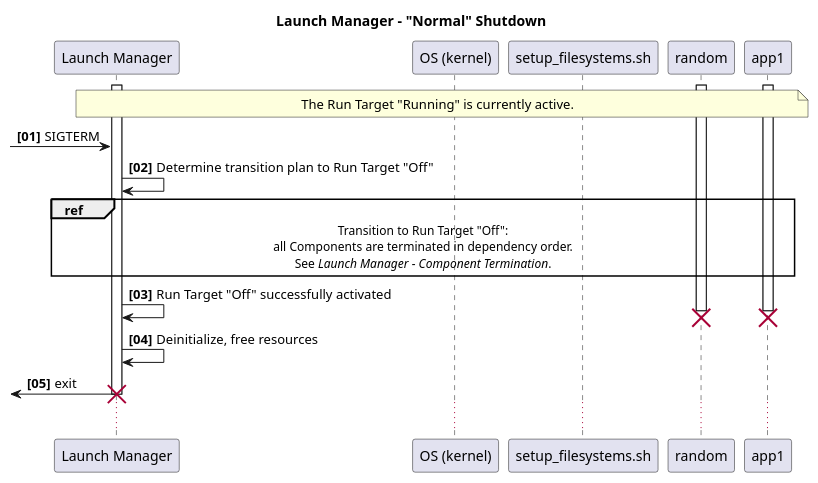
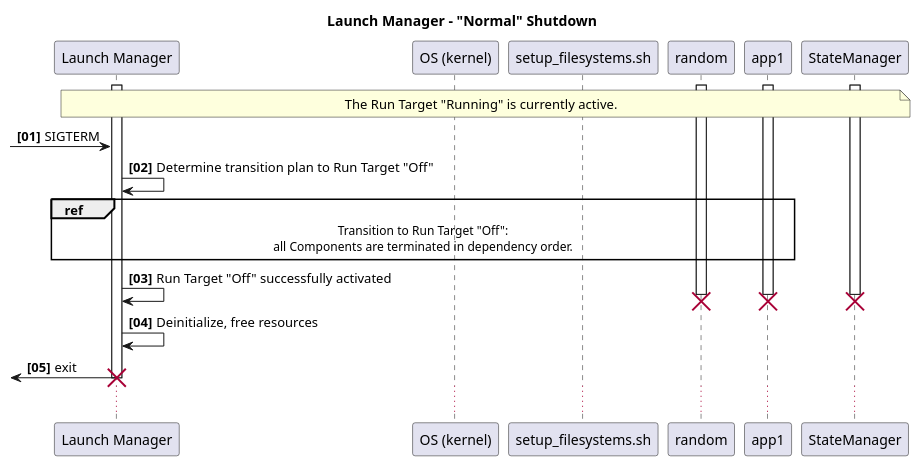
Before and after one commit to eclipse-score/lifecycle: the diagram in docs/features/lifecycle/architecture/_assets/launch_manager_shutdown.puml, drawn with PlantUML. The commit also changed 15 other files, not shown here.

Commit message:
Sequence diagram extensions

```diff
--- a/docs/features/lifecycle/architecture/_assets/launch_manager_shutdown.puml
+++ b/docs/features/lifecycle/architecture/_assets/launch_manager_shutdown.puml
@@ -14,37 +14,40 @@
 @startuml
 title Launch Manager - "Normal" Shutdown
 
 autonumber "<b>[00]"
 
 participant "Launch Manager" as LM
 participant "OS (kernel)" as kernel
 participant "setup_filesystems.sh" as fs
 participant "random" as ran
 participant "app1" as app1
+participant "StateManager" as sm
 
 activate LM
 activate app1
 activate ran
+activate sm
 
-note over LM,app1
+note over LM,sm
 The Run Target "Running" is currently active.
 end note
 
 [-> LM : SIGTERM
 LM -> LM : Determine transition plan to Run Target "Off"
 
 ref over LM, app1
   Transition to Run Target "Off":
   all Components are terminated in dependency order.
-  See //Launch Manager - Component Termination//.
 end ref
 
 LM -> LM : Run Target "Off" successfully activated
+
 destroy app1
 destroy ran
+destroy sm
 
 LM -> LM : Deinitialize, free resources
 [<- LM : exit
 destroy LM
 ...
 @enduml
```
